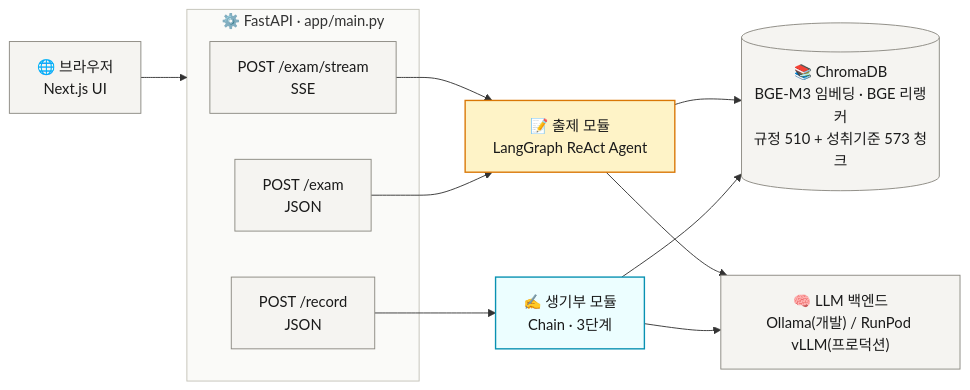
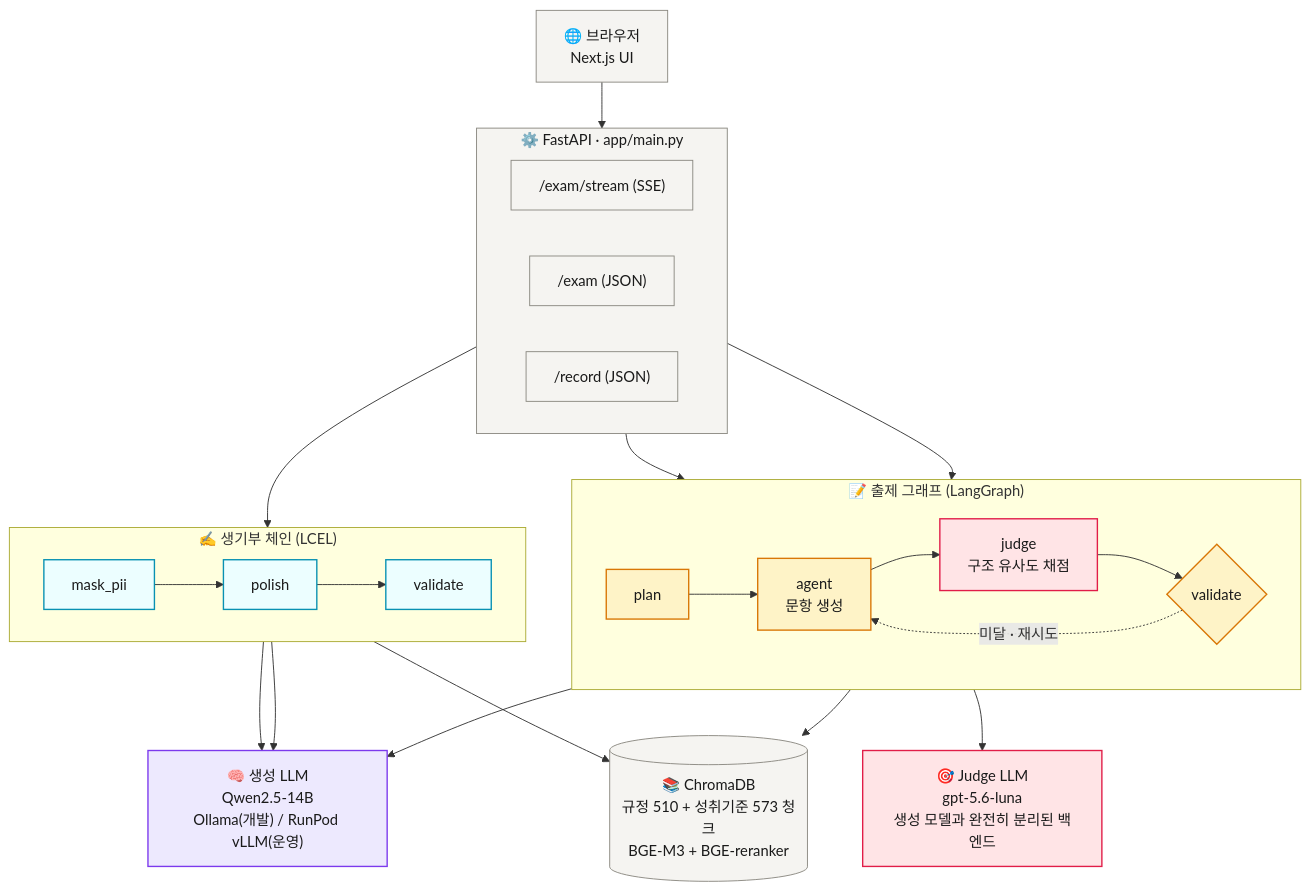
One commit to MachuEngine/bunpil changed the first of 7 diagrams in README.md. Above: the diagram before and after it, drawn with Mermaid. The commit also changed other lines of this file and 14 other files, not shown here.

````diff
--- a/README.md
+++ b/README.md
@@ -43,33 +35,51 @@
 ```mermaid
-flowchart LR
+flowchart TB
     Browser["🌐 브라우저<br/>Next.js UI"]
 
     subgraph API["⚙️ FastAPI · app/main.py"]
-        E1["POST /exam/stream<br/>SSE"]
-        E2["POST /exam<br/>JSON"]
-        E3["POST /record<br/>JSON"]
+        direction LR
+        EP1["/exam/stream (SSE)"]
+        EP2["/exam (JSON)"]
+        EP3["/record (JSON)"]
     end
 
-    ExamMod["📝 출제 모듈<br/>LangGraph ReAct Agent"]
-    RecordMod["✍️ 생기부 모듈<br/>Chain · 3단계"]
-    RAG[("📚 ChromaDB<br/>BGE-M3 임베딩 · BGE 리랭커<br/>규정 510 + 성취기준 573 청크")]
-    LLM["🧠 LLM 백엔드<br/>Ollama(개발) / RunPod vLLM(프로덕션)"]
+    Browser --> API
 
-    Browser --> API
-    E1 --> ExamMod
-    E2 --> ExamMod
-    E3 --> RecordMod
-    ExamMod --> RAG
-    RecordMod --> RAG
-    ExamMod --> LLM
-    RecordMod --> LLM
+    subgraph ExamG["📝 출제 그래프 (LangGraph)"]
+        direction LR
+        Plan["plan"] --> Agent["agent<br/>문항 생성"] --> Judge["judge<br/>구조 유사도 채점"] --> Validate{"validate"}
+        Validate -. "미달 · 재시도" .-> Agent
+    end
 
-    class Browser,E1,E2,E3,LLM,RAG neutral
-    class ExamMod exam
-    class RecordMod record
-    style API fill:#FAFAF8,stroke:#C3C2B7,stroke-width:1px
+    subgraph RecordC["✍️ 생기부 체인 (LCEL)"]
+        direction LR
+        Mask["mask_pii"] --> Polish["polish"] --> RValidate["validate"]
+    end
+
+    EP1 --> ExamG
+    EP2 --> ExamG
+    EP3 --> RecordC
+
+    RAG[("📚 ChromaDB<br/>규정 510 + 성취기준 573 청크<br/>BGE-M3 + BGE-reranker")]
+    GenLLM["🧠 생성 LLM<br/>Qwen2.5-14B<br/>Ollama(개발) / RunPod vLLM(운영)"]
+    JudgeLLM["🎯 Judge LLM<br/>gpt-5.6-luna<br/>생성 모델과 완전히 분리된 백엔드"]
+
+    Agent --> RAG
+    Agent --> GenLLM
+    Judge --> JudgeLLM
+    Polish --> GenLLM
+    RValidate --> GenLLM
+    RValidate --> RAG
+
+    class Browser,API,EP1,EP2,EP3,RAG neutral
+    class Plan,Agent,Validate exam
+    class Judge,JudgeLLM judge
+    class Mask,Polish,RValidate record
+    class GenLLM llm
 
     classDef neutral fill:#F5F4F1,stroke:#8A8880,stroke-width:1px,color:#1A1A1A
     classDef exam fill:#FEF3C7,stroke:#D97706,stroke-width:1.5px,color:#1A1A1A
     classDef record fill:#ECFEFF,stroke:#0891B2,stroke-width:1.5px,color:#1A1A1A
+    classDef llm fill:#EDE9FE,stroke:#7C3AED,stroke-width:1.5px,color:#1A1A1A
+    classDef judge fill:#FFE4E6,stroke:#E11D48,stroke-width:1.5px,color:#1A1A1A
 ```
````
